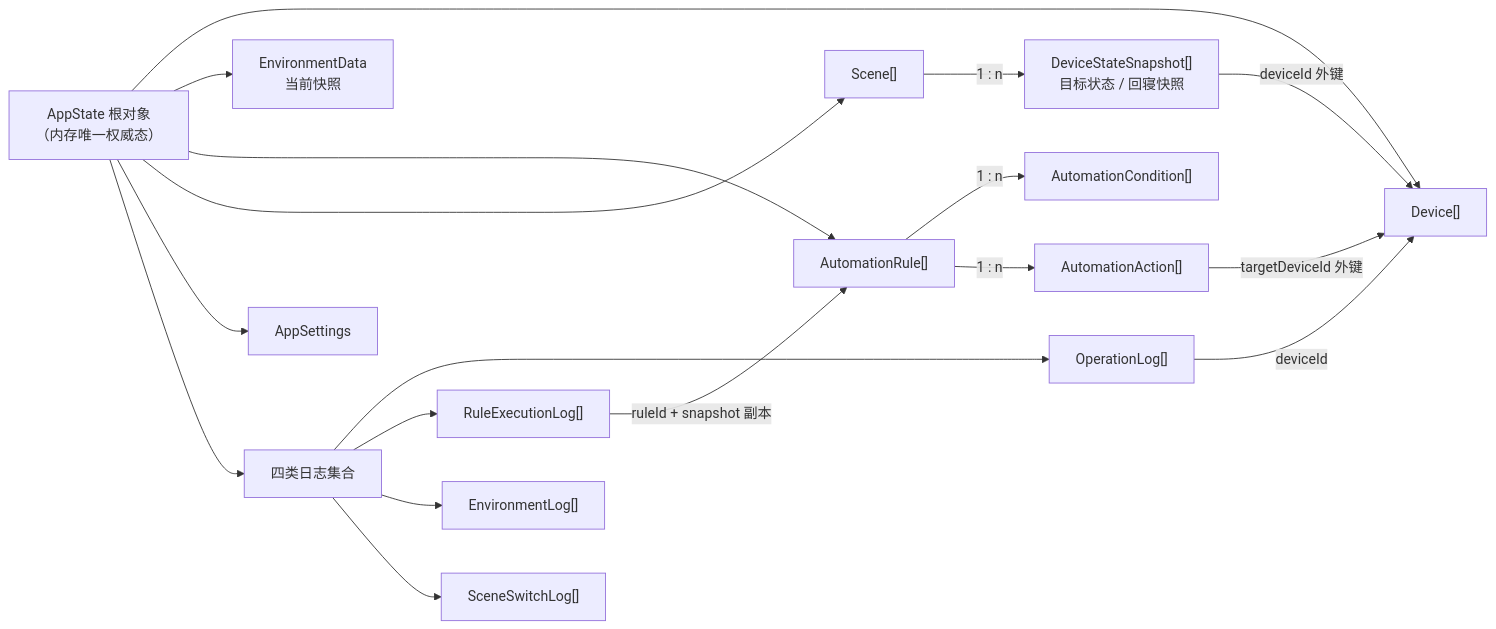
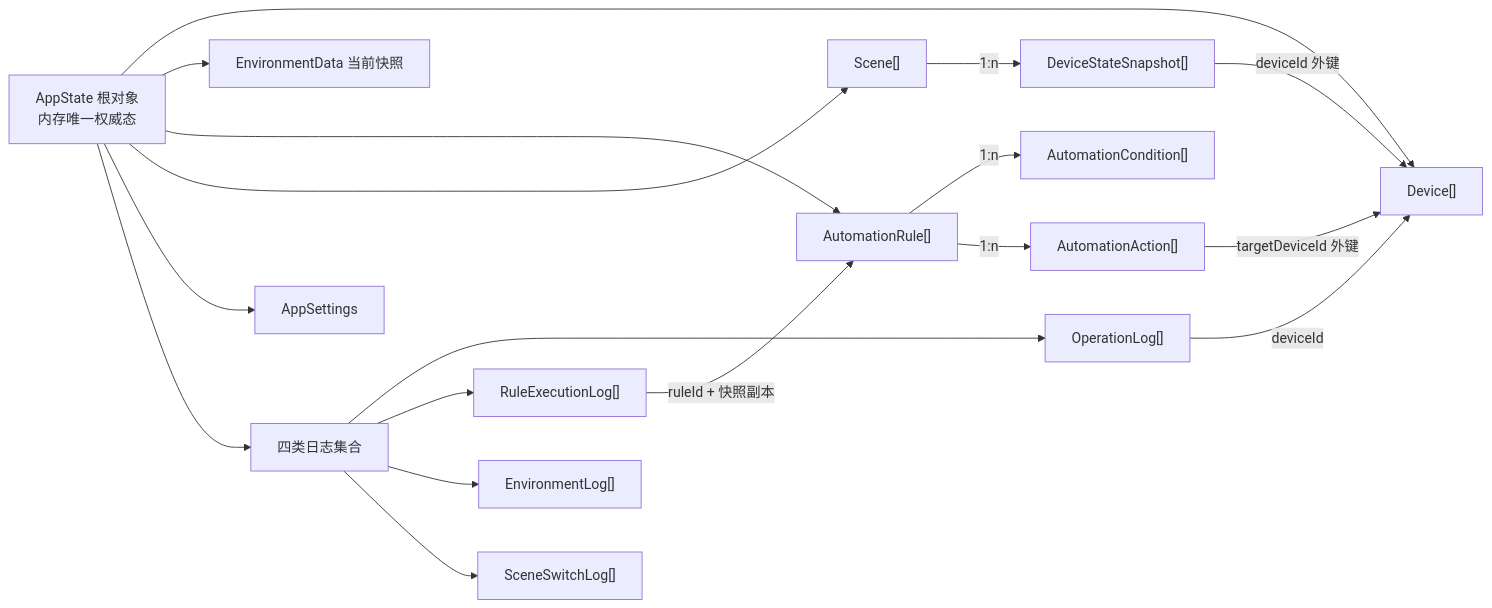
Before and after one commit to Yu-qiamWei/SmartDorm-HarmonyOS: the third of 3 diagrams in docs/软件需求说明书.md, drawn with Mermaid. The commit also changed other lines of this file, not shown here.

````diff
--- a/docs/软件需求说明书.md
+++ b/docs/软件需求说明书.md
@@ -935,22 +422,20 @@
 ```mermaid
 flowchart LR
-    APP["AppState 根对象<br/>（内存唯一权威态）"] --> DEVS["Device[]"]
-    APP --> ENV["EnvironmentData<br/>当前快照"]
+    APP["AppState 根对象<br/>内存唯一权威态"] --> DEVS["Device[]"]
+    APP --> ENV["EnvironmentData 当前快照"]
     APP --> RULES["AutomationRule[]"]
     APP --> SCENES["Scene[]"]
     APP --> SET["AppSettings"]
     APP --> LOGS["四类日志集合"]
-
-    RULES -->|"1 : n"| COND["AutomationCondition[]"]
-    RULES -->|"1 : n"| ACT["AutomationAction[]"]
-    SCENES -->|"1 : n"| SNAP["DeviceStateSnapshot[]<br/>目标状态 / 回寝快照"]
-
+    RULES -->|"1:n"| COND["AutomationCondition[]"]
+    RULES -->|"1:n"| ACT["AutomationAction[]"]
+    SCENES -->|"1:n"| SNAP["DeviceStateSnapshot[]"]
     ACT -->|"targetDeviceId 外键"| DEVS
     SNAP -->|"deviceId 外键"| DEVS
     LOGS --> OPL["OperationLog[]"]
     LOGS --> REL["RuleExecutionLog[]"]
     LOGS --> ENL["EnvironmentLog[]"]
     LOGS --> SCL["SceneSwitchLog[]"]
-    REL -->|"ruleId + snapshot 副本"| RULES
+    REL -->|"ruleId + 快照副本"| RULES
     OPL -->|"deviceId"| DEVS
 ```
````
